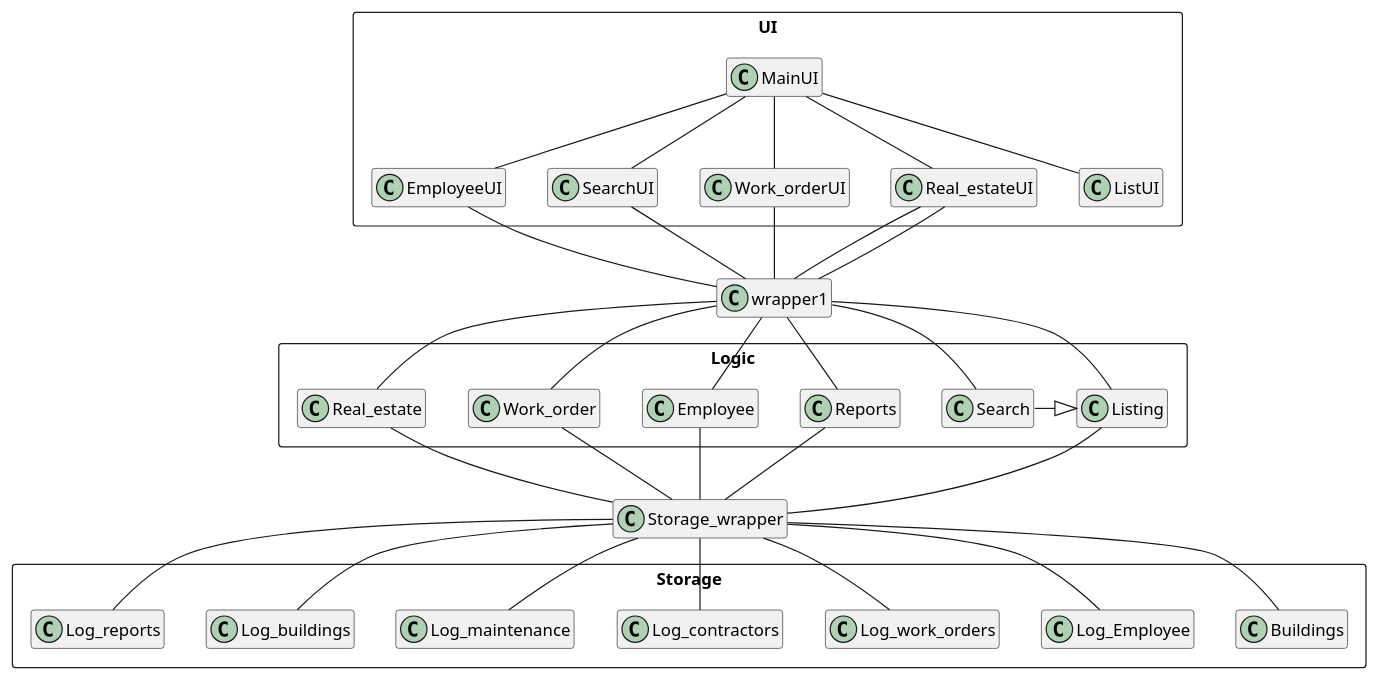
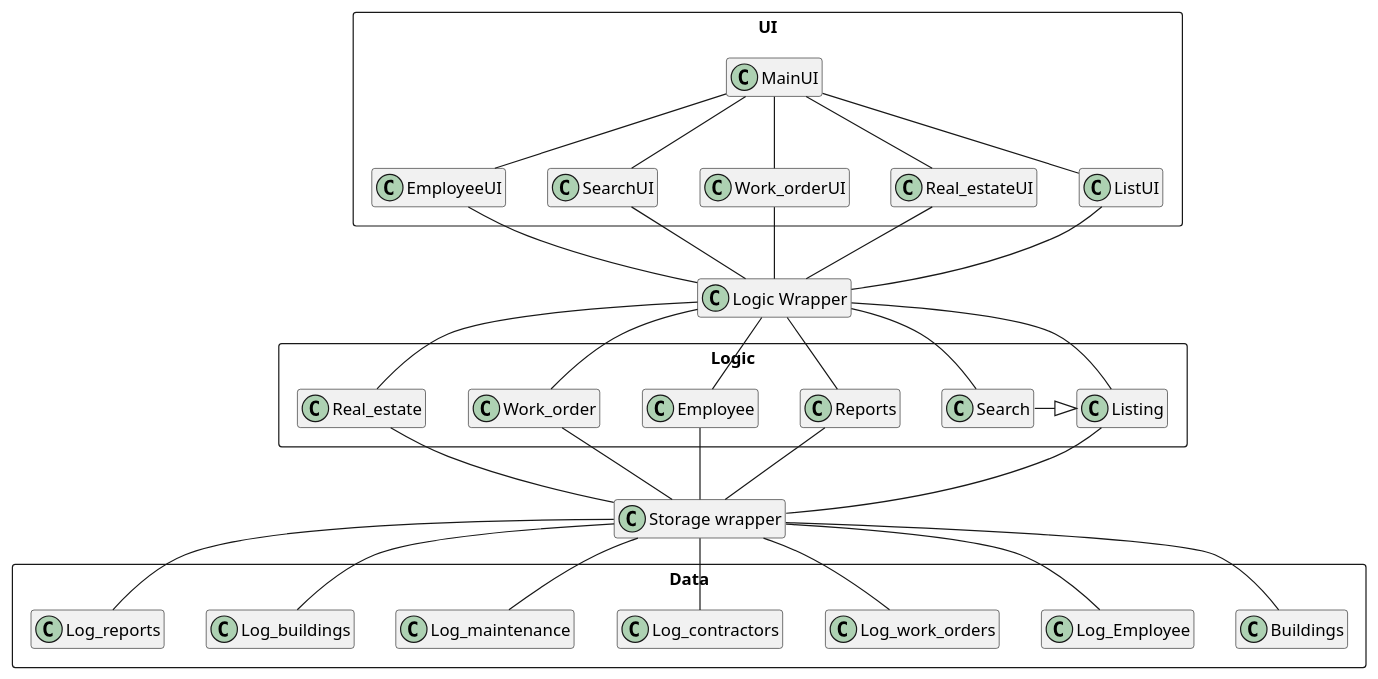
One commit to unnar19/pepsi-max changed the diagram in design/class_diagrams/three-tier.puml. Above: the diagram before and after it, drawn with PlantUML. The commit also changed 13 other files, not shown here.

Commit message:
uppsetning a employee data

```diff
--- a/design/class_diagrams/three-tier.puml
+++ b/design/class_diagrams/three-tier.puml
@@ -1,105 +1,104 @@
 @startuml airline
 hide empty methods
 hide empty members
 
 
 package UI <<Rectangle>> {
 
     class MainUI
 
     class EmployeeUI 
 
     class SearchUI
 
     class Work_orderUI
 
 
     class Real_estateUI
 
     class ListUI 
 
     
     MainUI -Down- EmployeeUI
     MainUI -Down-  Work_orderUI
     MainUI -Down-  SearchUI
     MainUI -Down-  ListUI
     MainUI -Down-  Real_estateUI
 
 
 }
 
 
-SearchUI -Down- wrapper1
-Work_orderUI -Down- wrapper1
-EmployeeUI -Down- wrapper1
-Real_estateUI -Down- wrapper1
-Real_estateUI -Down- wrapper1
 
 
 
-
-class "Logic_wrapper" as wrapper1
+class "Logic Wrapper" as wrapper1
 
 
 package Logic <<Rectangle>> {
 
+    SearchUI -Down- wrapper1
+    Work_orderUI -Down- wrapper1
+    EmployeeUI -Down- wrapper1
+    Real_estateUI -Down- wrapper1
+    ListUI -Down- wrapper1
 
     class Reports 
 
     class Employee 
 
     class Work_order 
 
     class Real_estate 
 
     class Search
 
     class Listing{
 
     }
 
     class Search
 
     Search -right-|> Listing
 
     wrapper1 -Down- Reports
     wrapper1 -Down- Employee
     wrapper1 -Down- Work_order
     wrapper1 -Down- Listing
     wrapper1 -Down- Search
     wrapper1 -Down- Real_estate
 
 }
 
-class "Storage_wrapper"  as wrapper2
+class "Storage wrapper"  as wrapper2
 
 
 
-package Storage <<Rectangle>> {
+package Data <<Rectangle>> {
 
     Reports -Down- wrapper2
     Employee -Down- wrapper2
     Work_order -Down- wrapper2
     Listing -Down- wrapper2
     Buildings -Down- wrapper2
     Real_estate -Down- wrapper2
 
 
     class Log_Employee
     class Log_work_orders
     class Log_contractors
     class Log_maintenance
     class Log_buildings
     class Log_reports
 
     wrapper2 -Down- Log_reports
     wrapper2 -Down- Log_Employee
     wrapper2 -Down- Log_work_orders
     wrapper2 -Down- Log_contractors
     wrapper2 -Down- Log_maintenance
     wrapper2 -Down- Log_buildings
 
 }
 
 
 @enduml
```
